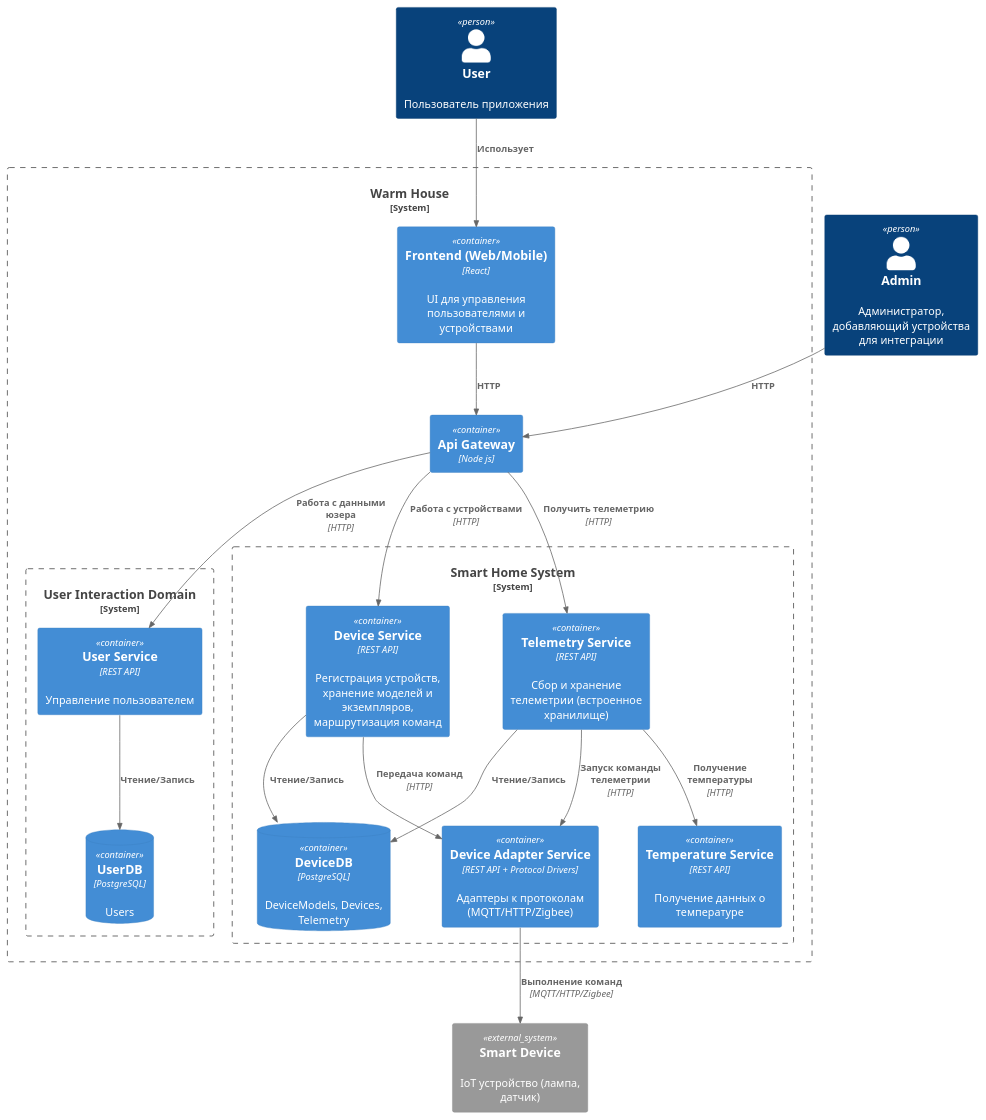
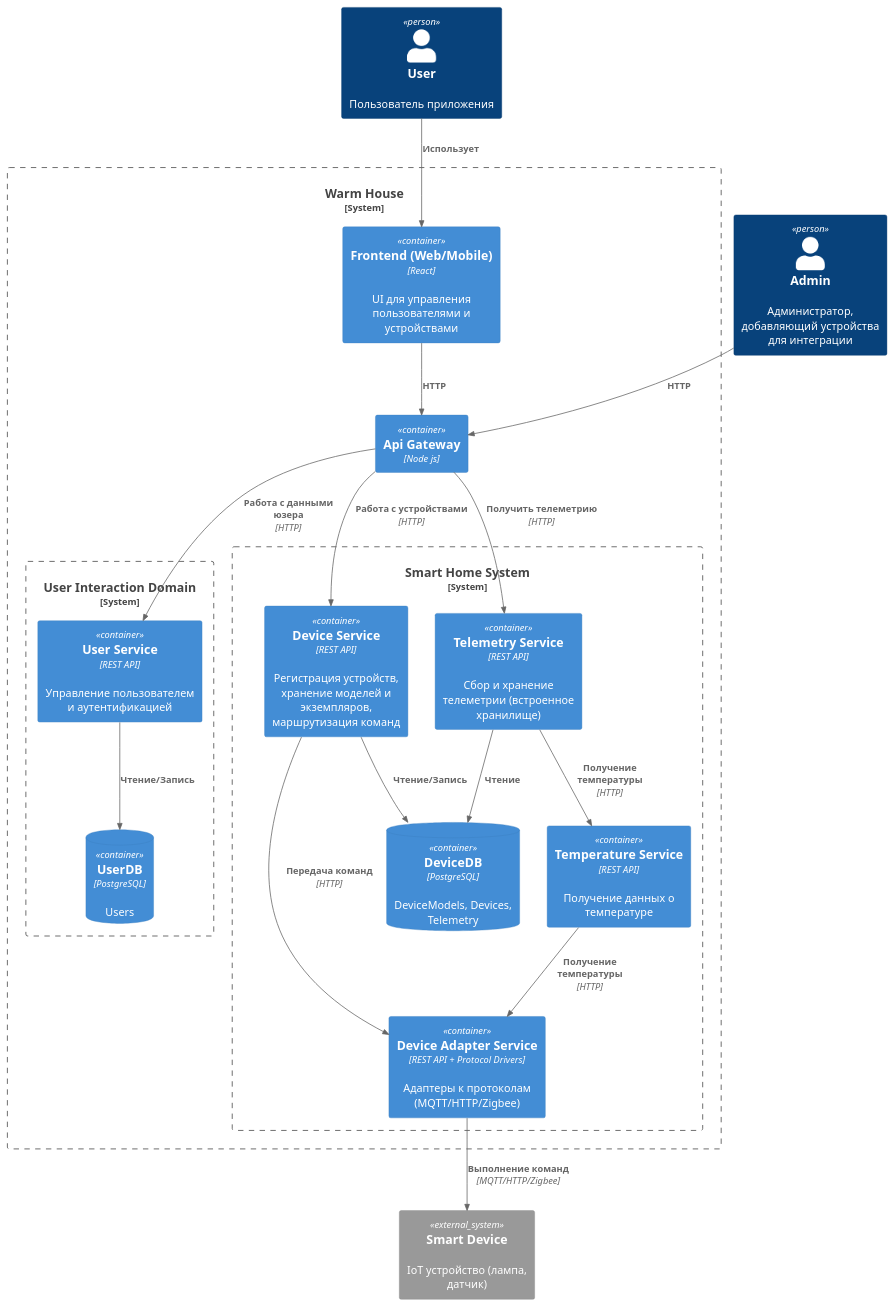
The diagram in schemas/С2.puml (alexmented/architecture-pro-warmhouse), drawn with PlantUML before and after one commit. The commit also changed 7 other files, not shown here.

```diff
--- a/schemas/С2.puml
+++ b/schemas/С2.puml
@@ -1,55 +1,55 @@
 @startuml
 !include https://raw.githubusercontent.com/plantuml-stdlib/C4-PlantUML/master/C4_Container.puml
 
 Person(user, "User", "Пользователь приложения")
 Person(admin, "Admin", "Администратор, добавляющий устройства для интеграции")
 
 
 System_Boundary(app, "Warm House") {
     Container(appFrontend, "Frontend (Web/Mobile)", "React", "UI для управления пользователями и устройствами")
     Container(gateway, "Api Gateway", "Node js")
 
 System_Boundary(userBoundary, "User Interaction Domain") {
-    Container(userService, "User Service", "REST API", "Управление пользователем")
+    Container(userService, "User Service", "REST API", "Управление пользователем и аутентификацией")
     ContainerDb(userDb, "UserDB", "PostgreSQL", "Users")
 
 }
 
 System_Boundary(smartHome, "Smart Home System") {
 
     Container(deviceService, "Device Service", "REST API", "Регистрация устройств, хранение моделей и экземпляров, маршрутизация команд")
     ContainerDb(deviceDb, "DeviceDB", "PostgreSQL", "DeviceModels, Devices, Telemetry")
 
     Container(adapterService, "Device Adapter Service", "REST API + Protocol Drivers", "Адаптеры к протоколам (MQTT/HTTP/Zigbee)")
 
 
     Container(telemetryService, "Telemetry Service", "REST API", "Сбор и хранение телеметрии (встроенное хранилище)")
     Container(temperatureService, "Temperature Service", "REST API", "Получение данных о температуре")
 
 }
 
 }
 
 
 
 System_Ext(device, "Smart Device", "IoT устройство (лампа, датчик)")
 
 Rel(user, appFrontend, "Использует")
 
 Rel(deviceService, deviceDb, "Чтение/Запись")
 
 Rel(deviceService, adapterService, "Передача команд", "HTTP")
 Rel(adapterService, device, "Выполнение команд", "MQTT/HTTP/Zigbee")
-Rel(telemetryService, adapterService, "Запуск команды телеметрии", "HTTP")
-Rel(telemetryService, deviceDb, "Чтение/Запись")
+Rel(temperatureService, adapterService, "Получение температуры", "HTTP")
+Rel(telemetryService, deviceDb, "Чтение")
 Rel(appFrontend, gateway, "HTTP")
 Rel(gateway, deviceService, "Работа с устройствами", "HTTP")
 Rel(gateway, telemetryService, "Получить телеметрию", "HTTP")
 Rel(gateway, userService, "Работа с данными юзера", "HTTP")
 
 Rel(userService, userDb, "Чтение/Запись")
 Rel(telemetryService, temperatureService, "Получение температуры", "HTTP")
 Rel(admin, gateway, "HTTP")
 
 
 @enduml
```
